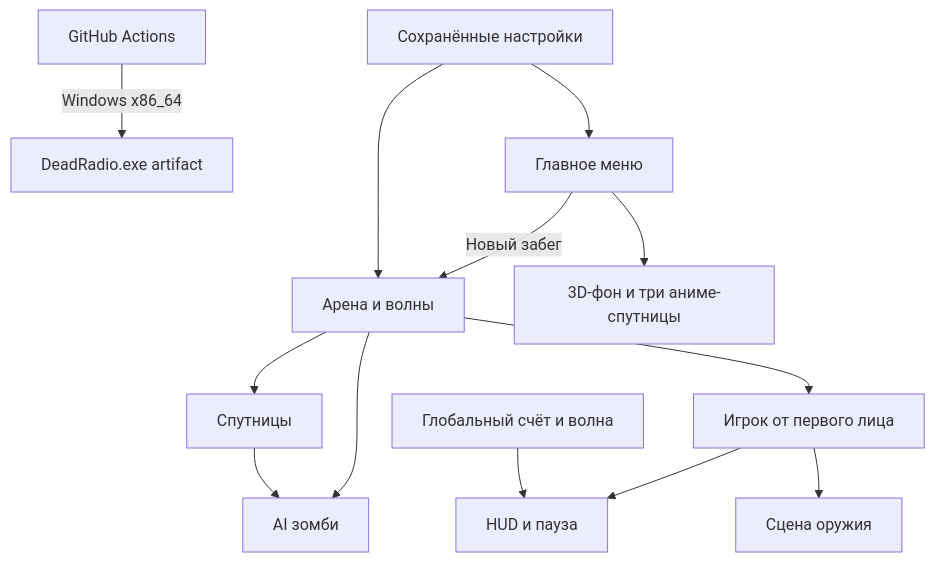
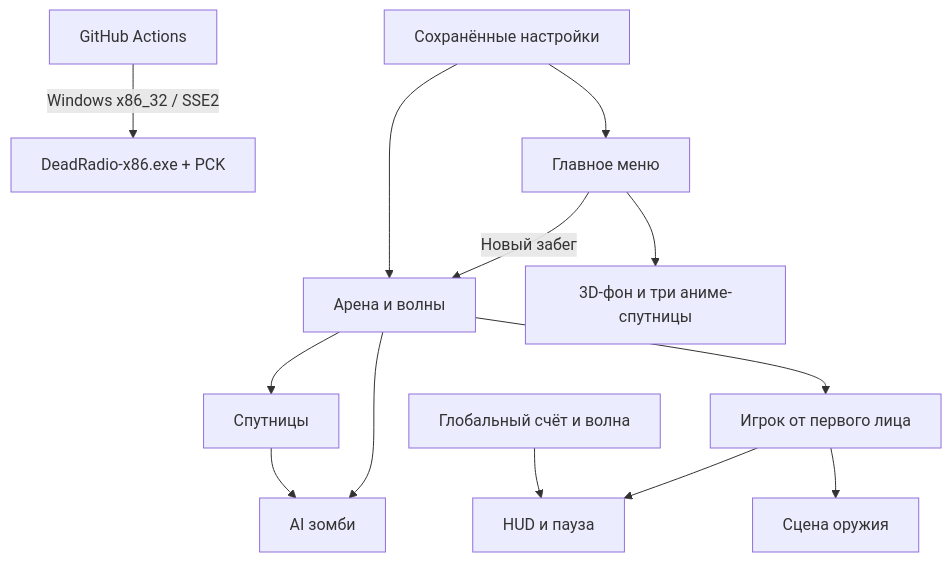
The diagram in docs/ARCHITECTURE.md (boredoboy/game), drawn with Mermaid before and after one commit. The commit also changed other lines of this file and 5 other files, not shown here.

````diff
--- a/docs/ARCHITECTURE.md
+++ b/docs/ARCHITECTURE.md
@@ -3,15 +3,15 @@
 ```mermaid
 flowchart TD
     Menu[Главное меню] --> Backdrop[3D-фон и три аниме-спутницы]
     Menu -->|Новый забег| Arena[Арена и волны]
     Arena --> Player[Игрок от первого лица]
     Player --> Rifle[Сцена оружия]
     Arena --> Zombie[AI зомби]
     Arena --> Allies[Спутницы]
     Allies --> Zombie
     Player --> HUD[HUD и пауза]
     GameManager[Глобальный счёт и волна] --> HUD
     GameSettings[Сохранённые настройки] --> Menu
     GameSettings --> Arena
-    Actions[GitHub Actions] -->|Windows x86_64| Exe[DeadRadio.exe artifact]
+    Actions[GitHub Actions] -->|Windows x86_32 / SSE2| Exe[DeadRadio-x86.exe + PCK]
 ```
````
